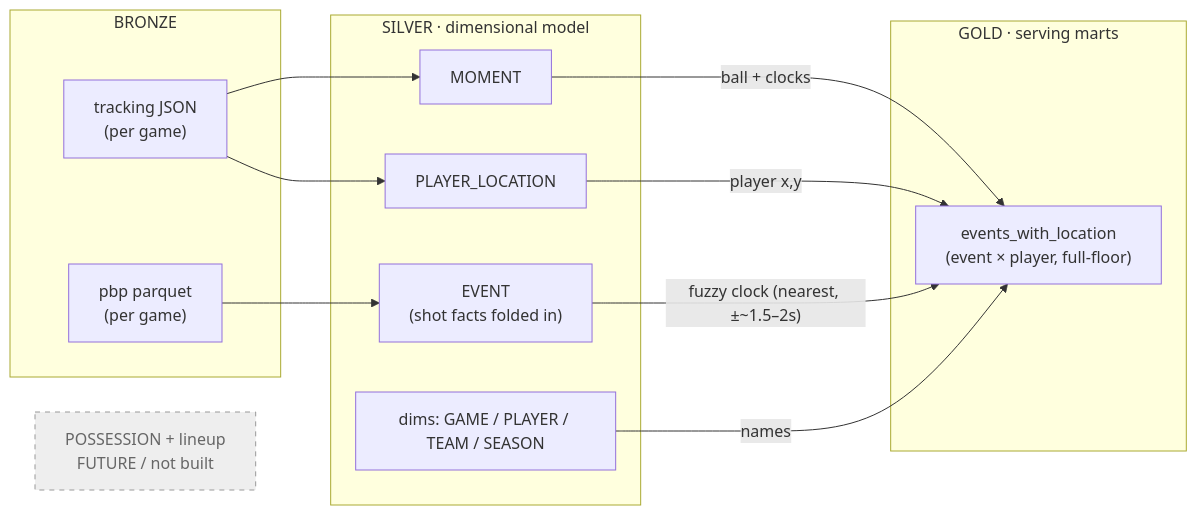
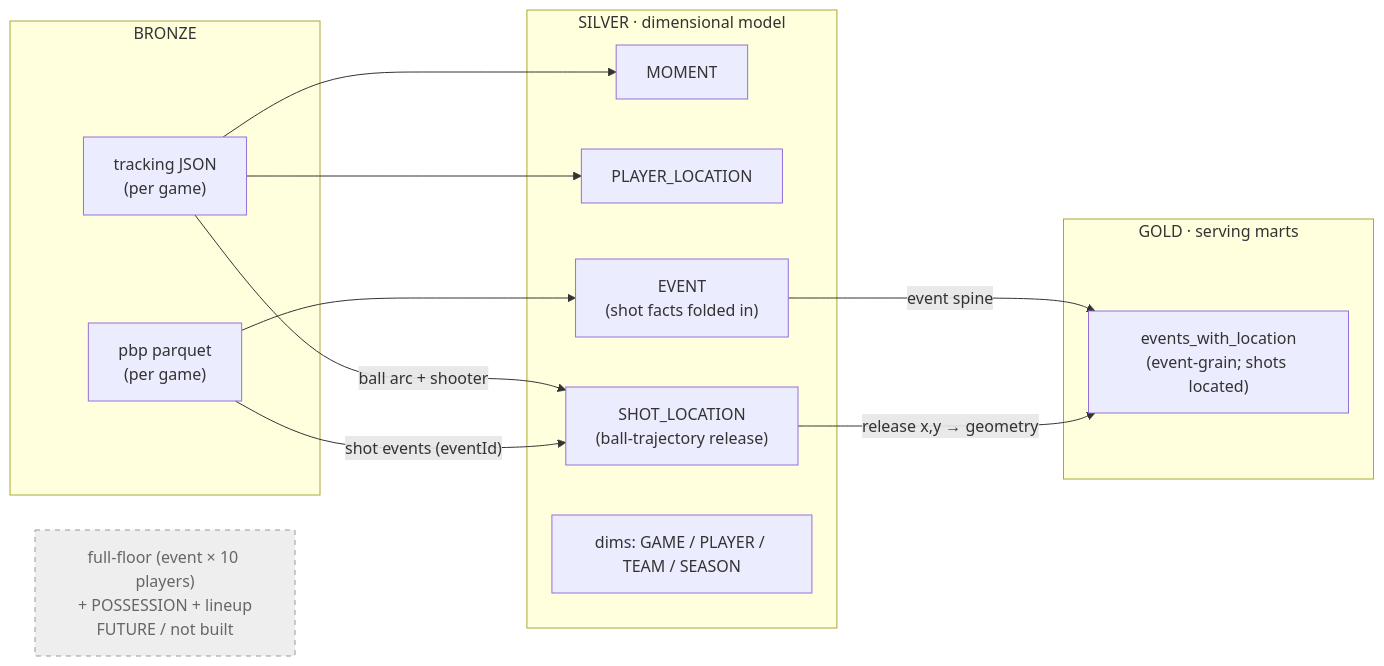
Before and after one commit to chris-monzon/nba_data_platform: the second of 2 diagrams in schema/er_diagram.md, drawn with Mermaid. The commit also changed other lines of this file and 5 other files, not shown here.

````diff
--- a/schema/er_diagram.md
+++ b/schema/er_diagram.md
@@ -152,27 +167,28 @@
 ```mermaid
 flowchart LR
     subgraph BRONZE
         b1["tracking JSON<br/>(per game)"]
         b2["pbp parquet<br/>(per game)"]
     end
     subgraph SILVER["SILVER · dimensional model"]
         s1[MOMENT]
         s2[PLAYER_LOCATION]
         s3["EVENT<br/>(shot facts folded in)"]
+        s4["SHOT_LOCATION<br/>(ball-trajectory release)"]
         s5["dims: GAME / PLAYER / TEAM / SEASON"]
     end
     subgraph GOLD["GOLD · serving marts"]
-        g1["events_with_location<br/>(event × player, full-floor)"]
+        g1["events_with_location<br/>(event-grain; shots located)"]
     end
 
     b1 --> s1
     b1 --> s2
     b2 --> s3
-    s1 -->|ball + clocks| g1
-    s2 -->|player x,y| g1
-    s3 -->|"fuzzy clock (nearest, ±~1.5–2s)"| g1
-    s5 -->|names| g1
+    b1 -->|ball arc + shooter| s4
+    b2 -->|"shot events (eventId)"| s4
+    s3 -->|event spine| g1
+    s4 -->|"release x,y → geometry"| g1
 
-    pf["POSSESSION + lineup<br/>FUTURE / not built"]:::future
+    ff["full-floor (event × 10 players)<br/>+ POSSESSION + lineup<br/>FUTURE / not built"]:::future
     classDef future fill:#eee,stroke:#999,stroke-dasharray:5 5,color:#666;
 ```
````
